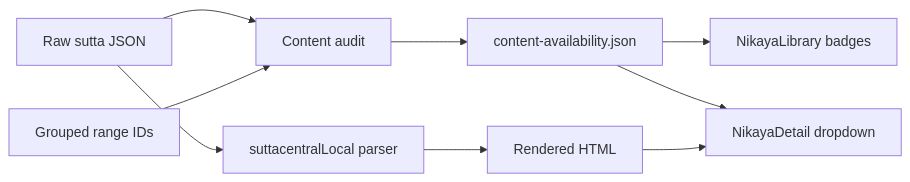
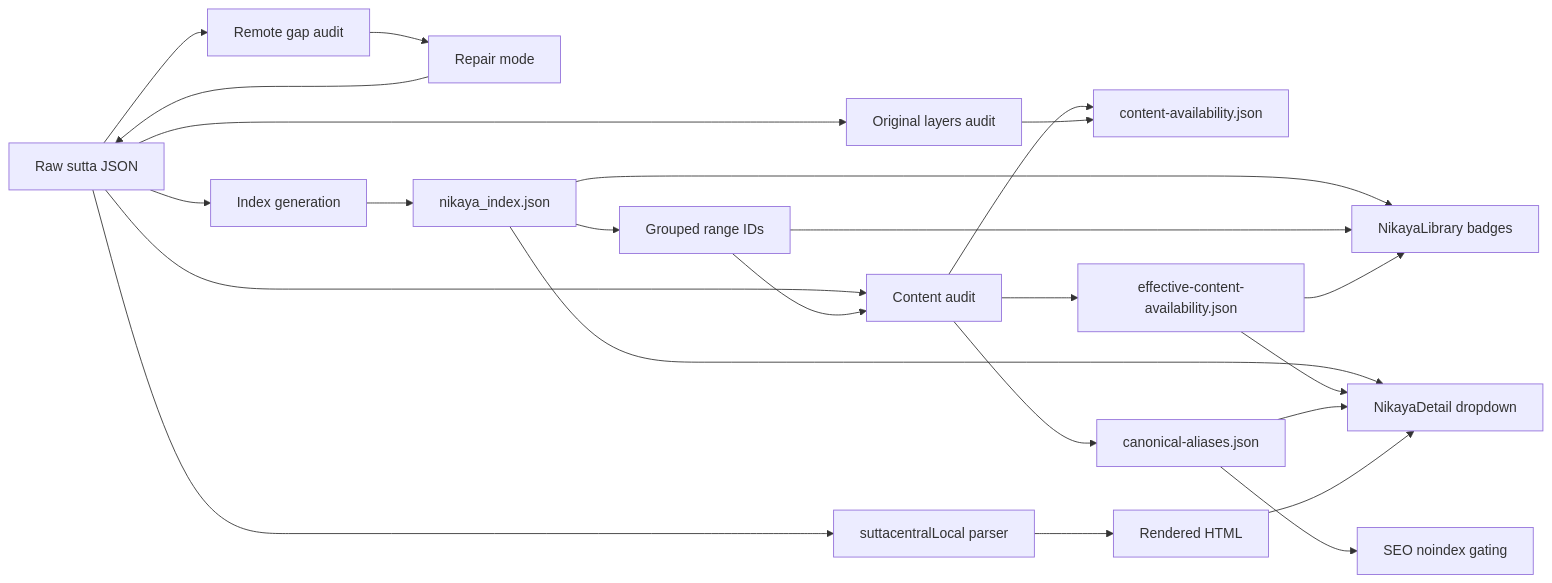
One commit to cschanhniem/cschanhniem.github.io changed the ninth of 15 diagrams in SKILL.md. Above: the diagram before and after it, drawn with Mermaid. The commit also changed other lines of this file and 355 other files, not shown here.

Commit message:
feat: harden nikaya audits and repair kn english coverage

````diff
--- a/SKILL.md
+++ b/SKILL.md
@@ -216,11 +251,26 @@
 ```mermaid
 flowchart LR
     A[Raw sutta JSON] --> B[Content audit]
     X[Grouped range IDs] --> B
+    A --> H[Original layers audit]
+    A --> N[Remote gap audit]
+    A --> L[Index generation]
     B --> C[content-availability.json]
+    B --> I[effective-content-availability.json]
+    B --> J[canonical-aliases.json]
+    H --> C
+    N --> O[Repair mode]
+    O --> A
+    L --> M[nikaya_index.json]
+    M --> X
+    M --> F
+    M --> G
     A --> D[suttacentralLocal parser]
     D --> E[Rendered HTML]
-    C --> F[NikayaLibrary badges]
-    C --> G[NikayaDetail dropdown]
+    X --> F[Library grouped-route pruning]
+    J --> K[SEO noindex gating]
+    I --> F[NikayaLibrary badges]
+    I --> G[NikayaDetail dropdown]
+    J --> G
     E --> G
 ```
````
